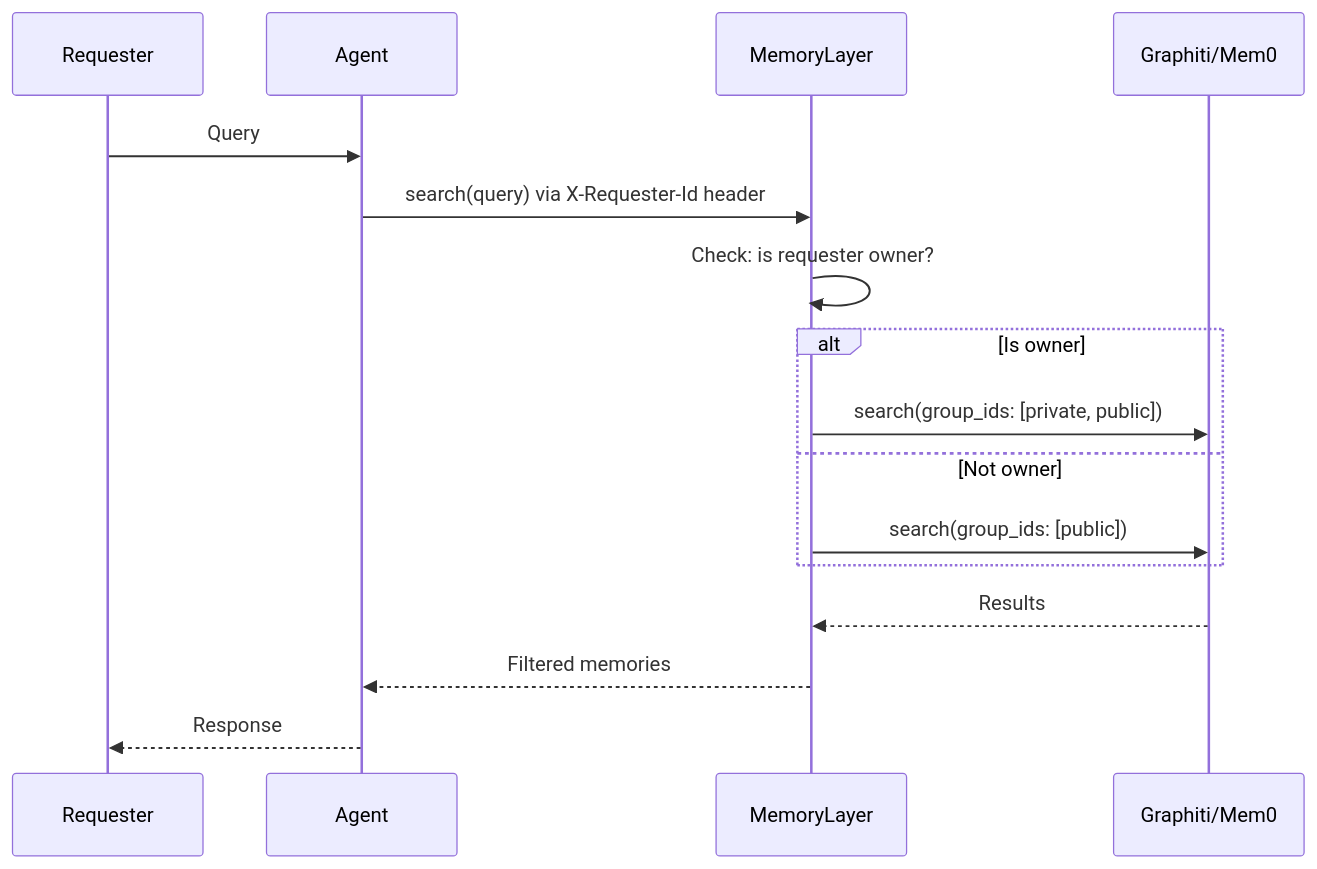
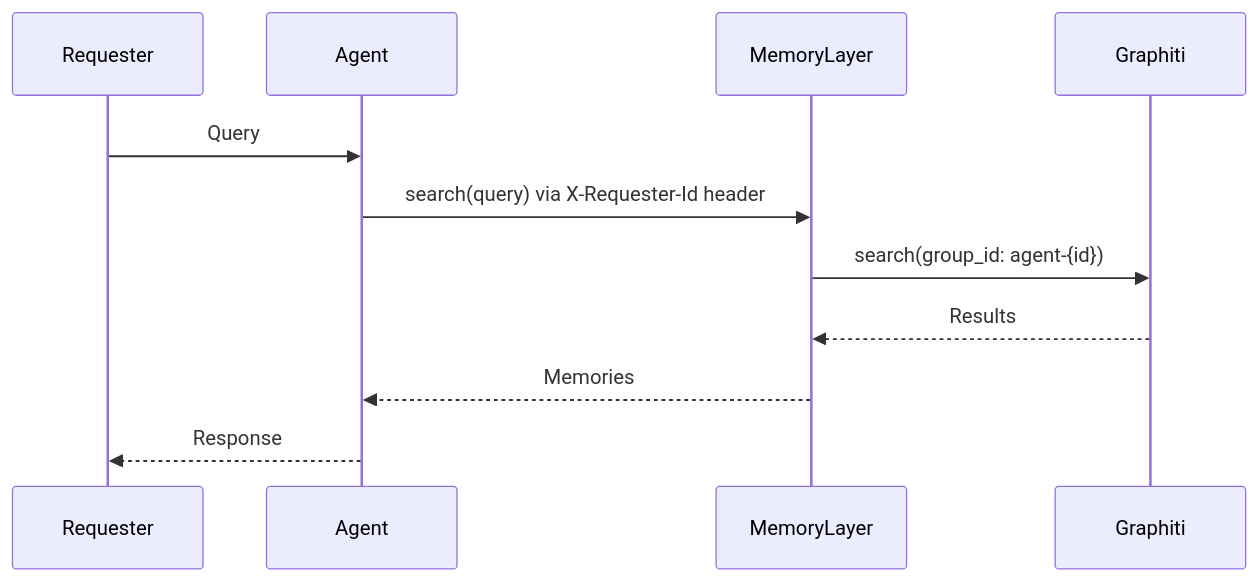
Before and after one commit to lunarr-ai/a4s: the third of 3 diagrams in docs/memory.md, drawn with Mermaid. The commit also changed other lines of this file and 10 other files, not shown here.

Commit message:
remove mem0 and private/public memory implementation

````diff
--- a/docs/memory.md
+++ b/docs/memory.md
@@ -70,19 +64,14 @@
 ```mermaid
 sequenceDiagram
     participant Requester
     participant Agent
     participant MemoryLayer
-    participant Store as Graphiti/Mem0
+    participant Store as Graphiti
 
     Requester->>Agent: Query
     Agent->>MemoryLayer: search(query) via X-Requester-Id header
-    MemoryLayer->>MemoryLayer: Check: is requester owner?
-    alt Is owner
-        MemoryLayer->>Store: search(group_ids: [private, public])
-    else Not owner
-        MemoryLayer->>Store: search(group_ids: [public])
-    end
+    MemoryLayer->>Store: search(group_id: agent-{id})
     Store-->>MemoryLayer: Results
-    MemoryLayer-->>Agent: Filtered memories
+    MemoryLayer-->>Agent: Memories
     Agent-->>Requester: Response
 ```
````
